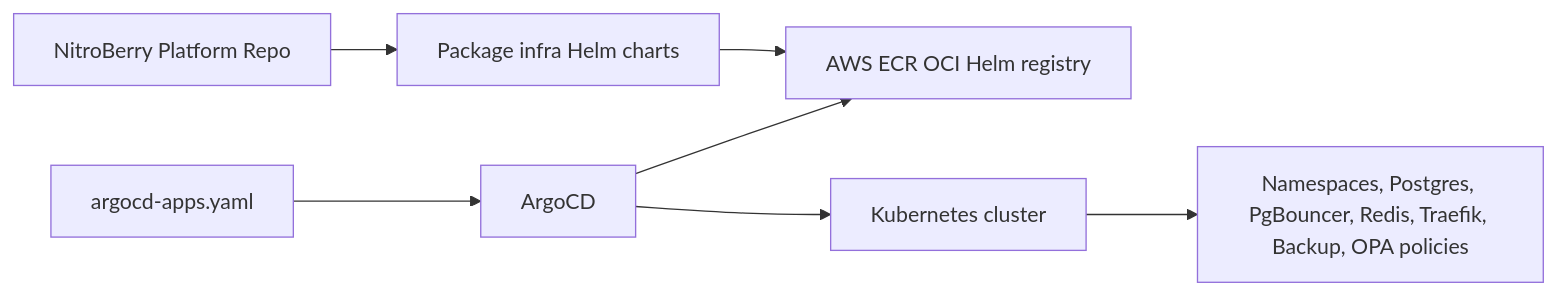
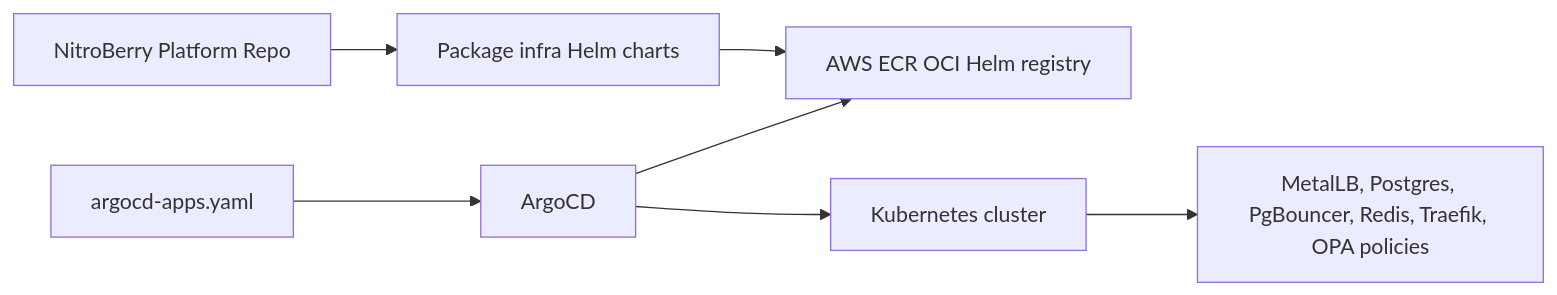
One commit to abhimanyu8829/nbs-argo changed the diagram in README.md. Above: the diagram before and after it, drawn with Mermaid. The commit also changed other lines of this file and 38 other files, not shown here.

````diff
--- a/README.md
+++ b/README.md
@@ -63,9 +58,9 @@
 ```mermaid
 flowchart LR
     Repo["NitroBerry Platform Repo"] --> Package["Package infra Helm charts"]
     Package --> ECR["AWS ECR OCI Helm registry"]
     Apps["argocd-apps.yaml"] --> ArgoCD["ArgoCD"]
     ArgoCD --> ECR
     ArgoCD --> Cluster["Kubernetes cluster"]
-    Cluster --> Infra["Namespaces, Postgres, PgBouncer, Redis, Traefik, Backup, OPA policies"]
+    Cluster --> Infra["MetalLB, Postgres, PgBouncer, Redis, Traefik, OPA policies"]
 ```
````
